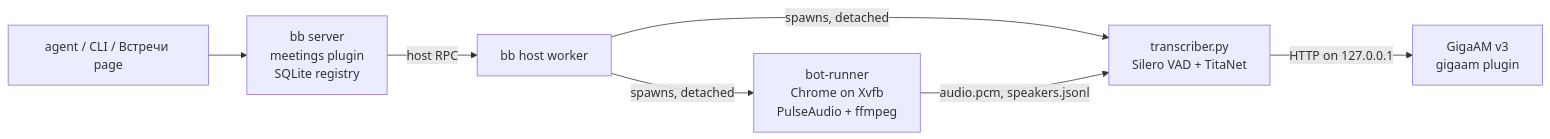
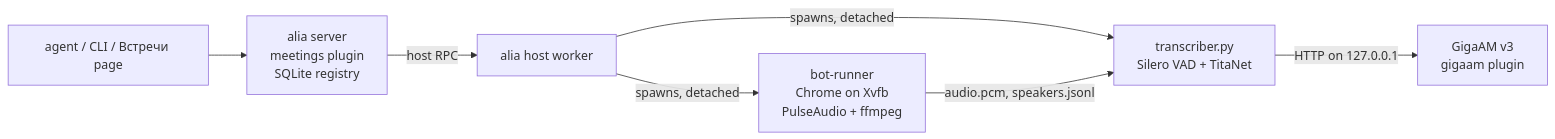
Before and after one commit to Vesnalia/vesnalia-plugins: the diagram in plugins/meetings/README.md, drawn with Mermaid. The commit also changed other lines of this file and 13306 other files, not shown here.

````diff
--- a/plugins/meetings/README.md
+++ b/plugins/meetings/README.md
@@ -114,9 +114,9 @@
 ```mermaid
 flowchart LR
-  user[agent / CLI / Встречи page] --> server[bb server<br/>meetings plugin<br/>SQLite registry]
-  server -->|host RPC| host[bb host worker]
+  user[agent / CLI / Встречи page] --> server[alia server<br/>meetings plugin<br/>SQLite registry]
+  server -->|host RPC| host[alia host worker]
   host -->|spawns, detached| bot[bot-runner<br/>Chrome on Xvfb<br/>PulseAudio + ffmpeg]
   host -->|spawns, detached| tr[transcriber.py<br/>Silero VAD + TitaNet]
   bot -->|audio.pcm, speakers.jsonl| tr
   tr -->|HTTP on 127.0.0.1| asr[GigaAM v3<br/>gigaam plugin]
 ```
````
